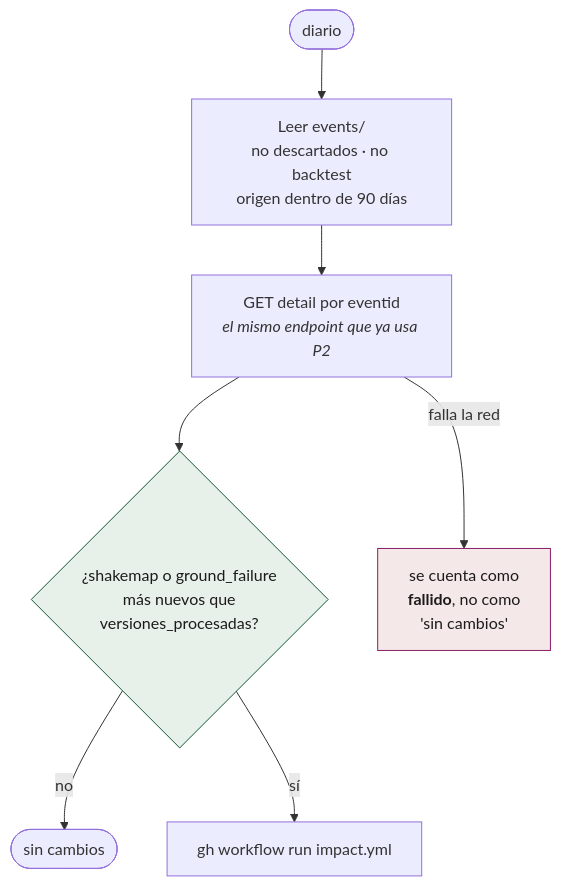
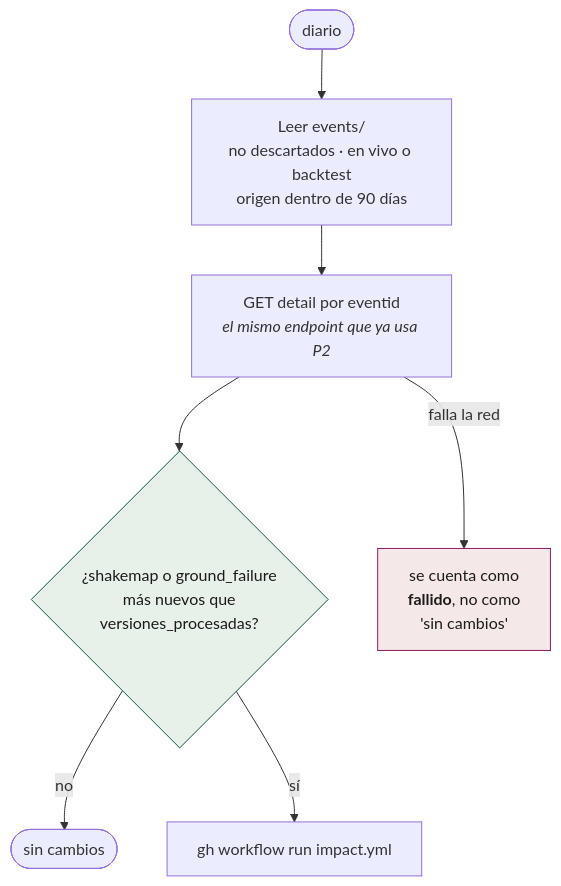
One commit to sforero77/CENTINELA changed the second of 3 diagrams in docs/acciones/mantenimiento.md. Above: the diagram before and after it, drawn with Mermaid. The commit also changed other lines of this file and 12 other files, not shown here.

````diff
--- a/docs/acciones/mantenimiento.md
+++ b/docs/acciones/mantenimiento.md
@@ -58,12 +58,12 @@
 ```mermaid
 flowchart TB
-  R(["diario"]) --> LEE["Leer events/<br/>no descartados · no backtest<br/>origen dentro de 90 días"]
+  R(["diario"]) --> LEE["Leer events/<br/>no descartados · en vivo o backtest<br/>origen dentro de 90 días"]
   LEE --> PIDE["GET detail por eventid<br/><i>el mismo endpoint que ya usa P2</i>"]
   PIDE --> CMP{"¿shakemap o ground_failure<br/>más nuevos que<br/>versiones_procesadas?"}
   CMP -->|no| NADA(["sin cambios"])
   CMP -->|sí| DESP["gh workflow run impact.yml"]
   PIDE -->|"falla la red"| FALLO["se cuenta como<br/><b>fallido</b>, no como<br/>'sin cambios'"]
 
   style CMP fill:#e8f0ea,stroke:#0f5636,color:#1c1b1a
   style FALLO fill:#f4e8e8,stroke:#8c1d64,color:#1c1b1a
 ```
````
